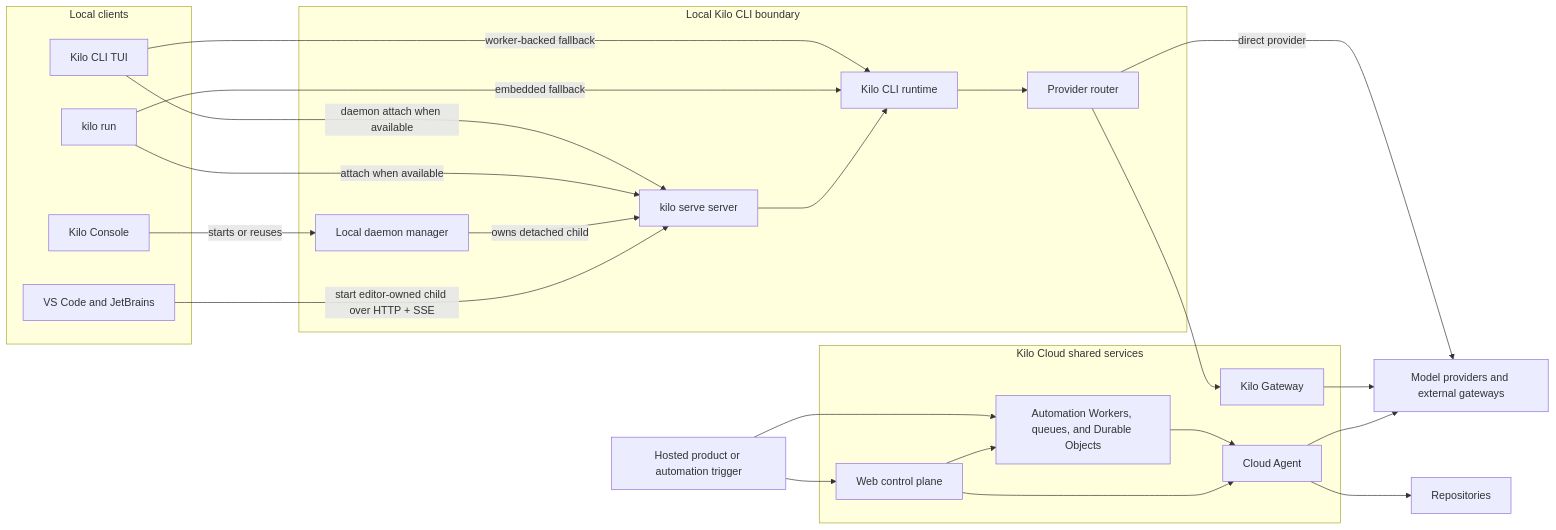
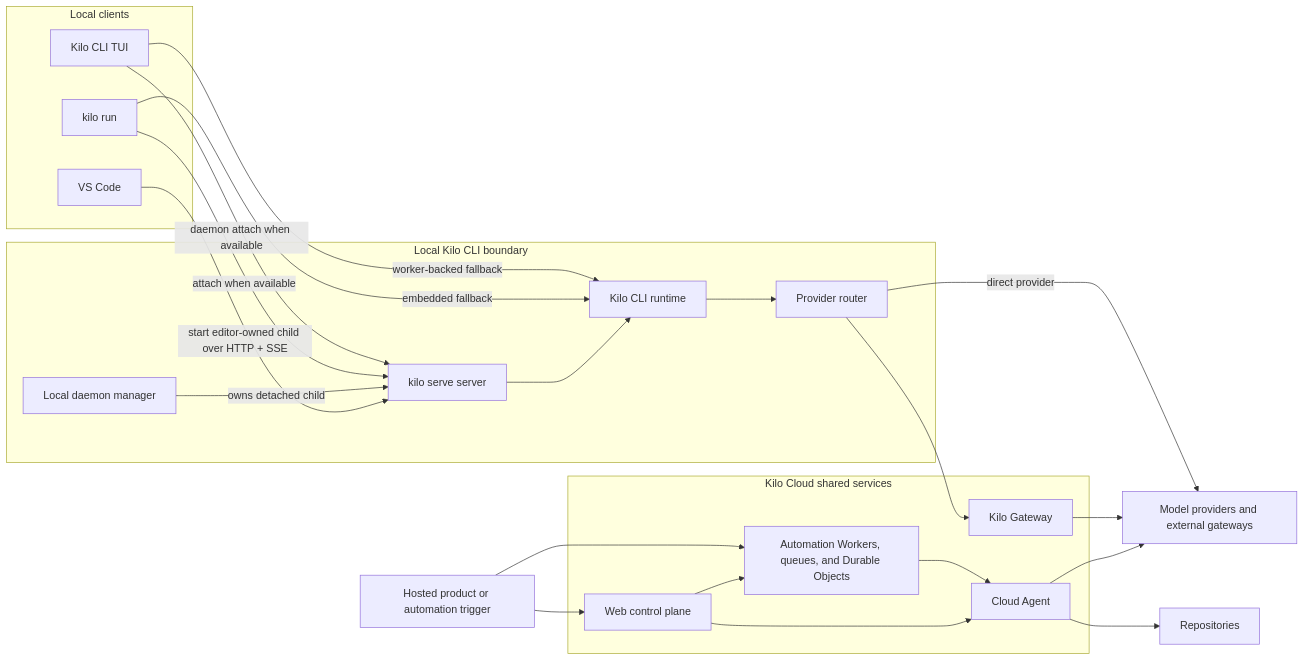
Before and after one commit to JorkeyLiu/kilocode: the first of 2 diagrams in packages/kilo-docs/pages/contributing/architecture/index.md, drawn with Mermaid. The commit also changed other lines of this file and 1216 other files, not shown here.

````diff
--- a/packages/kilo-docs/pages/contributing/architecture/index.md
+++ b/packages/kilo-docs/pages/contributing/architecture/index.md
@@ -69,45 +69,43 @@
 ```mermaid
 flowchart LR
   subgraph clients ["Local clients"]
     tui["Kilo CLI TUI"]
     run["kilo run"]
-    console["Kilo Console"]
-    editors["VS Code and JetBrains"]
+    editors["VS Code"]
   end
 
   subgraph local ["Local Kilo CLI boundary"]
     daemon["Local daemon manager"]
     server["kilo serve server"]
     runtime["Kilo CLI runtime"]
     router["Provider router"]
   end
 
   subgraph cloud ["Kilo Cloud shared services"]
     web["Web control plane"]
     workers["Automation Workers, queues, and Durable Objects"]
     gateway["Kilo Gateway"]
     agent["Cloud Agent"]
   end
 
   trigger["Hosted product or automation trigger"]
   repos["Repositories"]
   models["Model providers and external gateways"]
 
   tui -->|"daemon attach when available"| server
   tui -->|"worker-backed fallback"| runtime
   run -->|"attach when available"| server
   run -->|"embedded fallback"| runtime
-  console -->|"starts or reuses"| daemon
   daemon -->|"owns detached child"| server
   editors -->|"start editor-owned child over HTTP + SSE"| server
   server --> runtime --> router
   router -->|"direct provider"| models
   router --> gateway --> models
 
   trigger --> web
   trigger --> workers
   web --> workers --> agent
   web --> agent
   agent --> repos
   agent --> models
 ```
````
